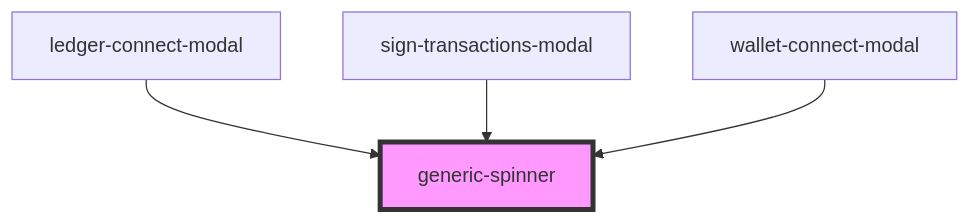
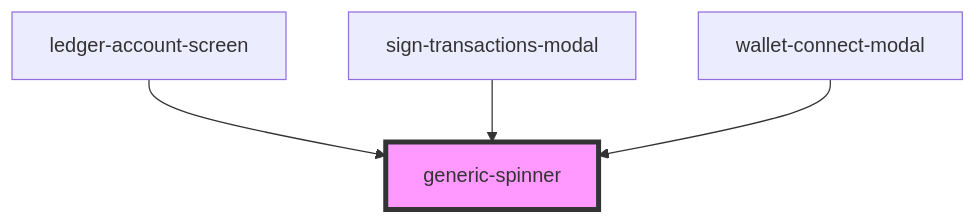
Before and after one commit to multiversx/mx-sdk-dapp-ui: the diagram in src/common/generic-spinner/readme.md, drawn with Mermaid. The commit also changed other lines of this file and 33 other files, not shown here.

````diff
--- a/src/common/generic-spinner/readme.md
+++ b/src/common/generic-spinner/readme.md
@@ -17,7 +17,7 @@
 ```mermaid
 graph TD;
-  ledger-connect-modal --> generic-spinner
+  ledger-account-screen --> generic-spinner
   sign-transactions-modal --> generic-spinner
   wallet-connect-modal --> generic-spinner
   style generic-spinner fill:#f9f,stroke:#333,stroke-width:4px
 ```
````
